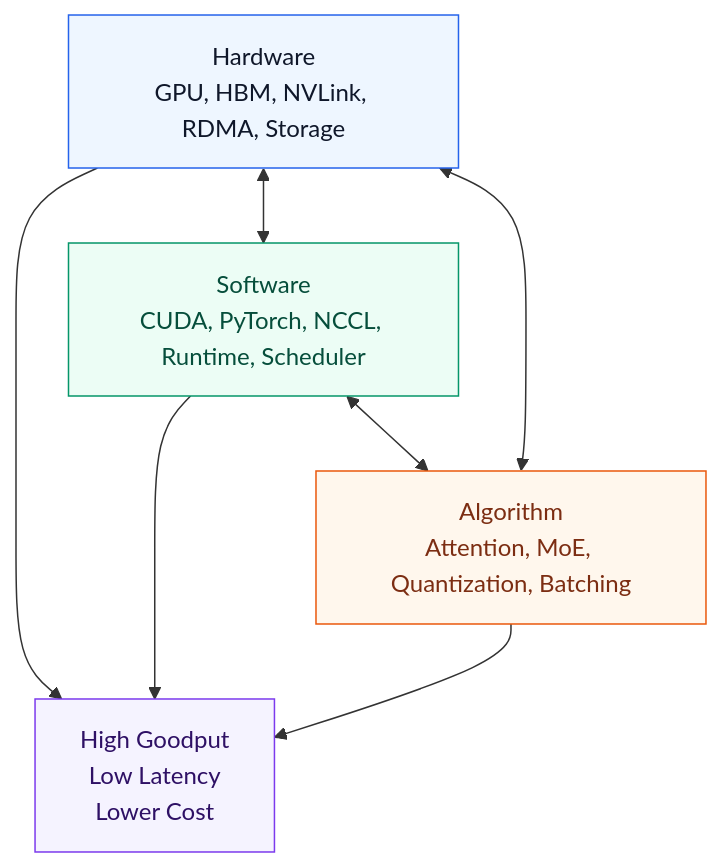
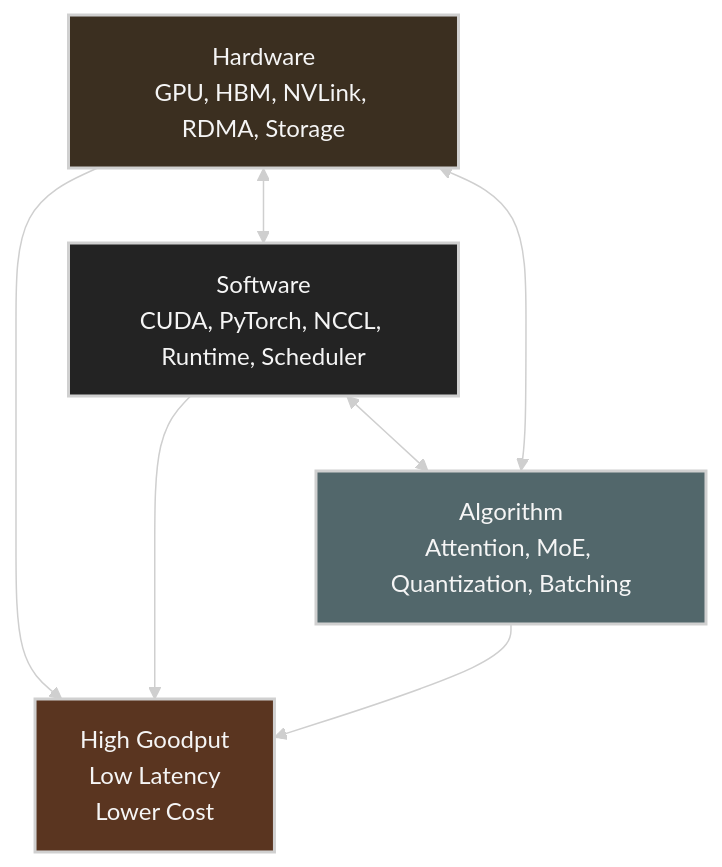
The sixth of 9 diagrams in ai-system-performance-engineering/chap01/README.md (ziwon/ai-data-center-network), drawn with Mermaid before and after one commit. The commit also changed other lines of this file and 35 other files, not shown here.

Commit message:
docs(mermaid): apply dark diagram style

````diff
--- a/ai-system-performance-engineering/chap01/README.md
+++ b/ai-system-performance-engineering/chap01/README.md
@@ -329,21 +334,22 @@
 ```mermaid
+%%{init: {"theme": "base", "themeVariables": {"background": "#171717", "primaryColor": "#232323", "primaryTextColor": "#f5f5f5", "primaryBorderColor": "#d0d0d0", "lineColor": "#cfcfcf", "fontFamily": "Inter, Arial, sans-serif"}}}%%
 flowchart TB
-    classDef hw fill:#eef6ff,stroke:#2563eb,color:#0f172a
-    classDef sw fill:#ecfdf5,stroke:#059669,color:#064e3b
-    classDef alg fill:#fff7ed,stroke:#ea580c,color:#7c2d12
-    classDef result fill:#f5f3ff,stroke:#7c3aed,color:#2e1065
+    classDef hw fill:#3b2f20,stroke:#d0d0d0,color:#f5f5f5,stroke-width:2px;
+    classDef sw fill:#232323,stroke:#d0d0d0,color:#f5f5f5,stroke-width:2px;
+    classDef alg fill:#52676b,stroke:#d0d0d0,color:#f5f5f5,stroke-width:2px;
+    classDef result fill:#5a3520,stroke:#d0d0d0,color:#f5f5f5,stroke-width:2px;
 
     HW[Hardware<br/>GPU, HBM, NVLink, RDMA, Storage]:::hw
     SW[Software<br/>CUDA, PyTorch, NCCL, Runtime, Scheduler]:::sw
     ALG[Algorithm<br/>Attention, MoE, Quantization, Batching]:::alg
 
     R[High Goodput<br/>Low Latency<br/>Lower Cost]:::result
 
     HW <--> SW
     SW <--> ALG
     ALG <--> HW
 
     HW --> R
     SW --> R
     ALG --> R
 ```
````
